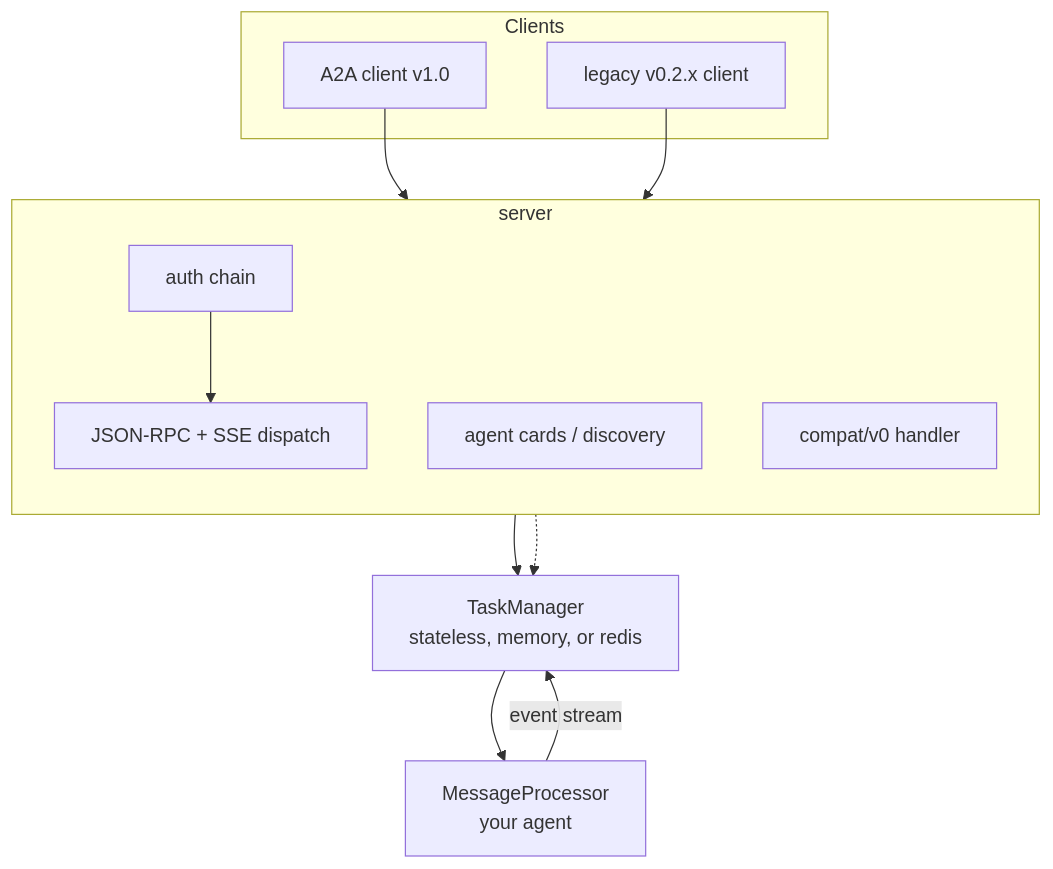
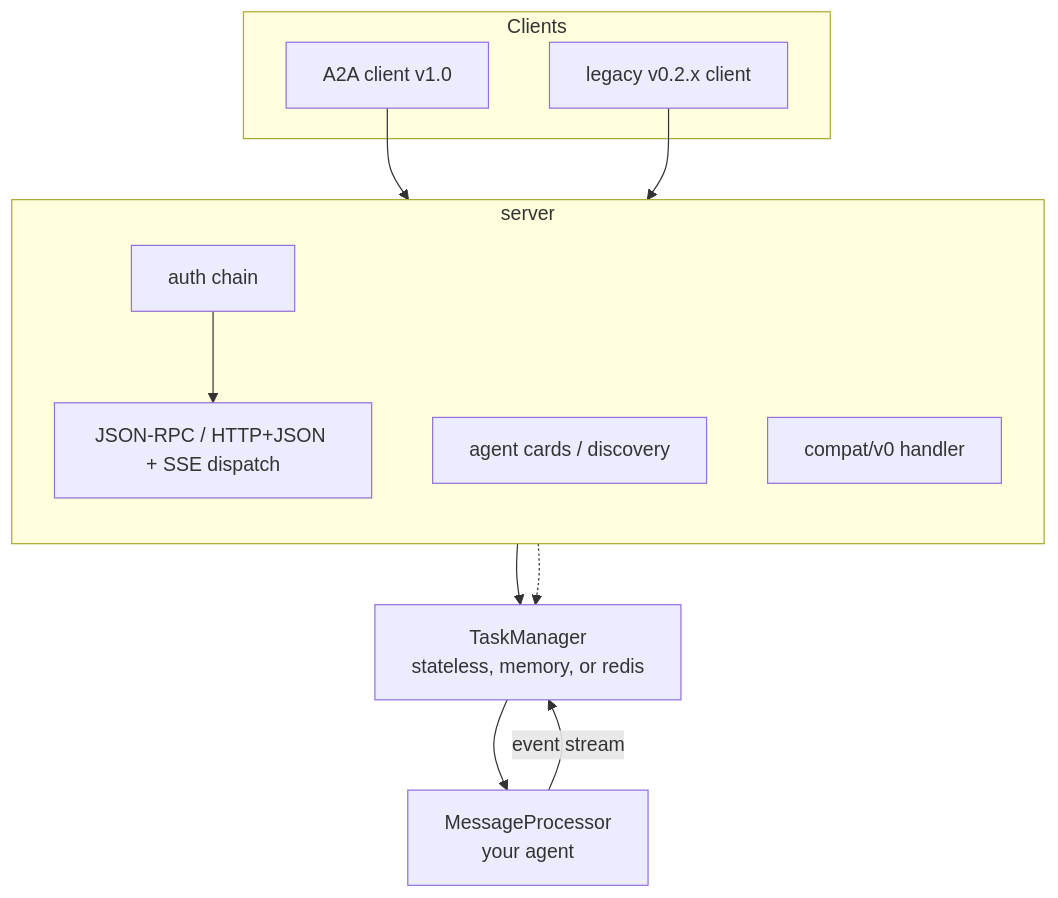
The first of 2 diagrams in docs/mkdocs/en/overview.md (trpc-group/trpc-a2a-go), drawn with Mermaid before and after one commit. The commit also changed other lines of this file and 40 other files, not shown here.

Commit message:
feat: support HTTP+JSON protocol binding

````diff
--- a/docs/mkdocs/en/overview.md
+++ b/docs/mkdocs/en/overview.md
@@ -33,24 +34,24 @@
 ```mermaid
 flowchart TB
     subgraph clients["Clients"]
         C1["A2A client v1.0"]
         C2["legacy v0.2.x client"]
     end
     subgraph server["server"]
         direction TB
         AUTH["auth chain"]
-        RPC["JSON-RPC + SSE dispatch"]
+        RPC["JSON-RPC / HTTP+JSON + SSE dispatch"]
         CARD["agent cards / discovery"]
         COMPAT["compat/v0 handler"]
     end
     TM["TaskManager<br/>stateless, memory, or redis"]
     MP["MessageProcessor<br/>your agent"]
 
     C1 --> AUTH
     C2 --> AUTH
     AUTH --> RPC
     RPC --> TM
     COMPAT -.-> TM
     TM --> MP
     MP -- "event stream" --> TM
 ```
````
